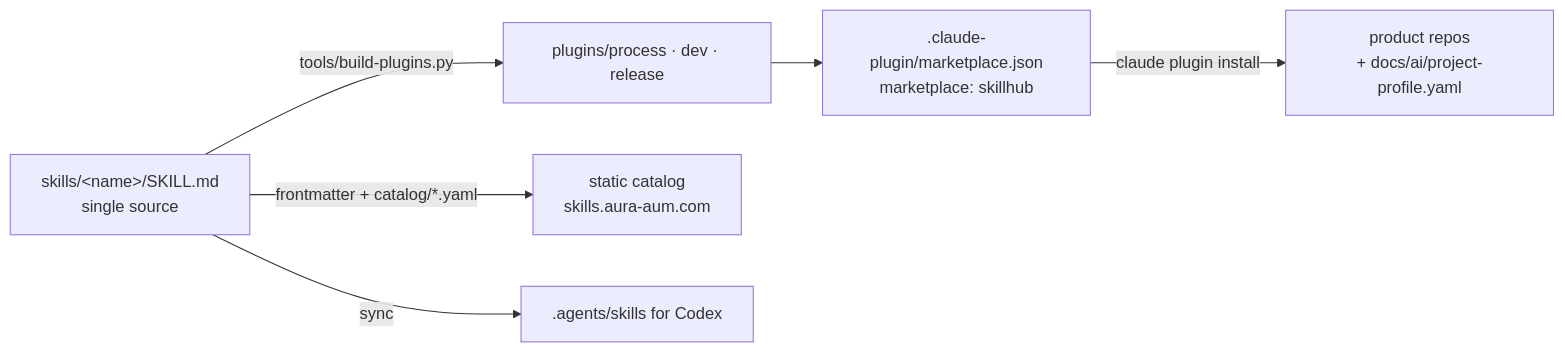
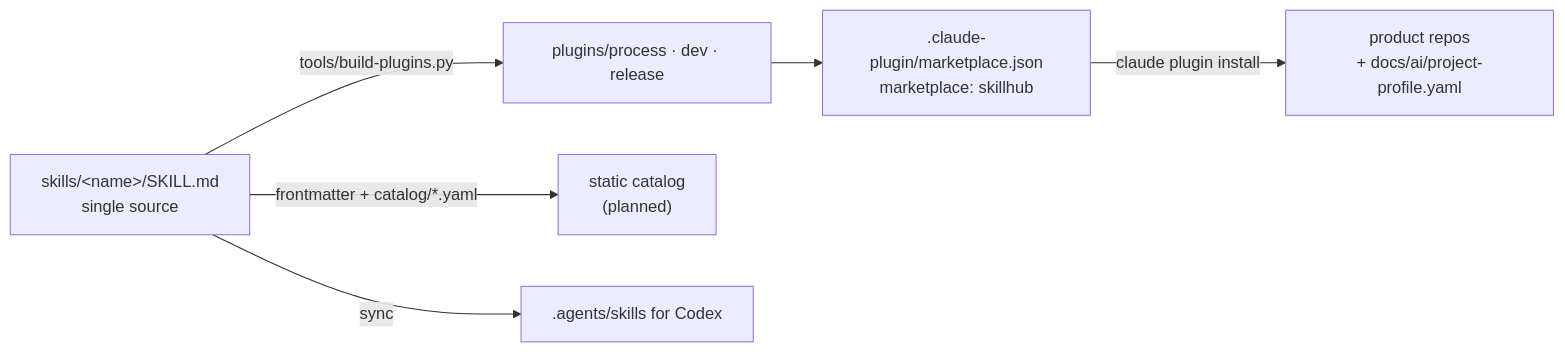
The diagram in README.md (maxlord/skillhub), drawn with Mermaid before and after one commit. The commit also changed other lines of this file and 6 other files, not shown here.

````diff
--- a/README.md
+++ b/README.md
@@ -27,8 +25,8 @@
 ```mermaid
 flowchart LR
   S["skills/&lt;name&gt;/SKILL.md<br/>single source"] -->|tools/build-plugins.py| P["plugins/process · dev · release"]
   P --> M[".claude-plugin/marketplace.json<br/>marketplace: skillhub"]
   M -->|claude plugin install| R["product repos<br/>+ docs/ai/project-profile.yaml"]
-  S -->|frontmatter + catalog/*.yaml| C["static catalog<br/>skills.aura-aum.com"]
+  S -->|frontmatter + catalog/*.yaml| C["static catalog<br/>(planned)"]
   S -->|sync| X[".agents/skills for Codex"]
 ```
````
